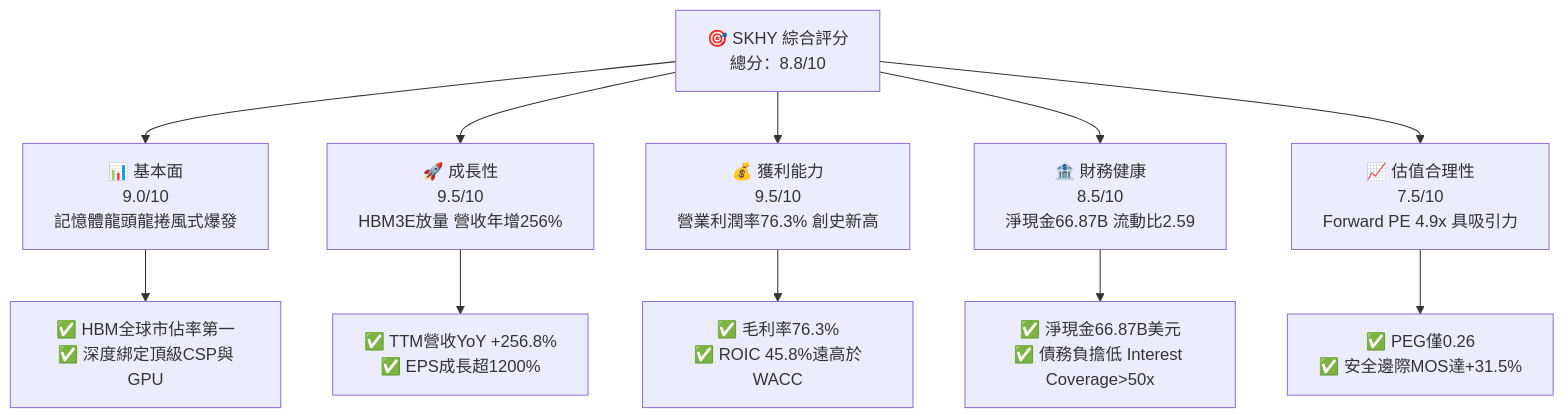
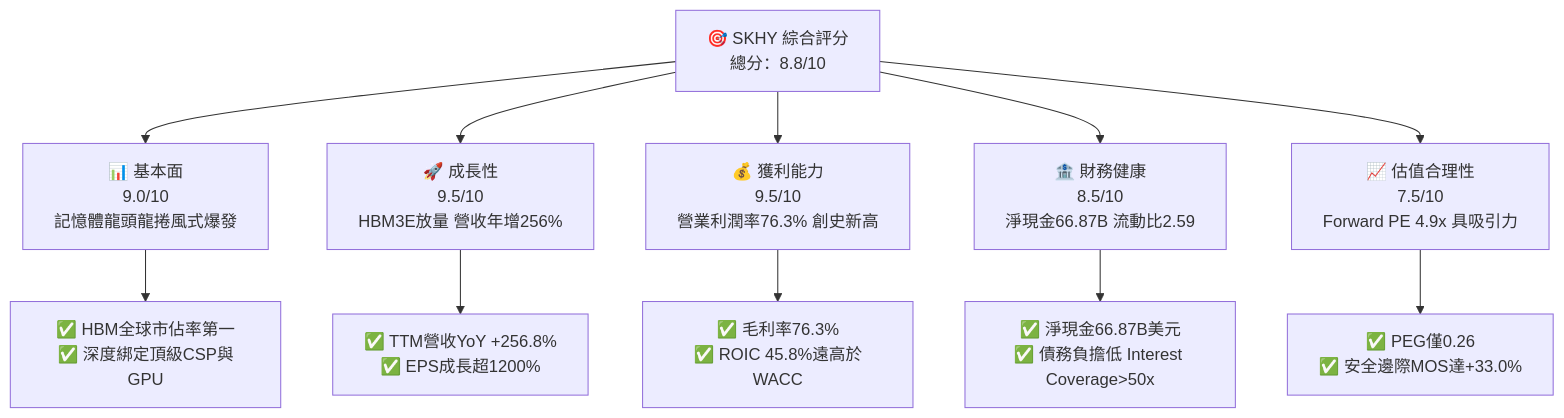
Before and after one commit to yennanliu/finance_data: the first of 15 diagrams in ai_gen_report/fundamental/skhy/fundamental_analysis_2026-10-10_gemini.md, drawn with Mermaid. The commit also changed other lines of this file and 339 other files, not shown here.

````diff
--- a/ai_gen_report/fundamental/skhy/fundamental_analysis_2026-10-10_gemini.md
+++ b/ai_gen_report/fundamental/skhy/fundamental_analysis_2026-10-10_gemini.md
@@ -66,22 +73,22 @@
 ```mermaid
 graph TD
     TICKER["🎯 SKHY 綜合評分<br/>總分：8.8/10"]
 
     F["📊 基本面<br/>9.0/10<br/>記憶體龍頭龍捲風式爆發"]
     G["🚀 成長性<br/>9.5/10<br/>HBM3E放量 營收年增256%"]
     P["💰 獲利能力<br/>9.5/10<br/>營業利潤率76.3% 創史新高"]
     B["🏦 財務健康<br/>8.5/10<br/>淨現金66.87B 流動比2.59"]
     V["📈 估值合理性<br/>7.5/10<br/>Forward PE 4.9x 具吸引力"]
 
     TICKER --> F
     TICKER --> G
     TICKER --> P
     TICKER --> B
     TICKER --> V
 
     F --> F1["✅ HBM全球市佔率第一<br/>✅ 深度綁定頂級CSP與GPU"]
     G --> G1["✅ TTM營收YoY +256.8%<br/>✅ EPS成長超1200%"]
     P --> P1["✅ 毛利率76.3%<br/>✅ ROIC 45.8%遠高於WACC"]
     B --> B1["✅ 淨現金66.87B美元<br/>✅ 債務負擔低 Interest Coverage>50x"]
-    V --> V1["✅ PEG僅0.26<br/>✅ 安全邊際MOS達+31.5%"]
+    V --> V1["✅ PEG僅0.26<br/>✅ 安全邊際MOS達+33.0%"]
 ```
````
